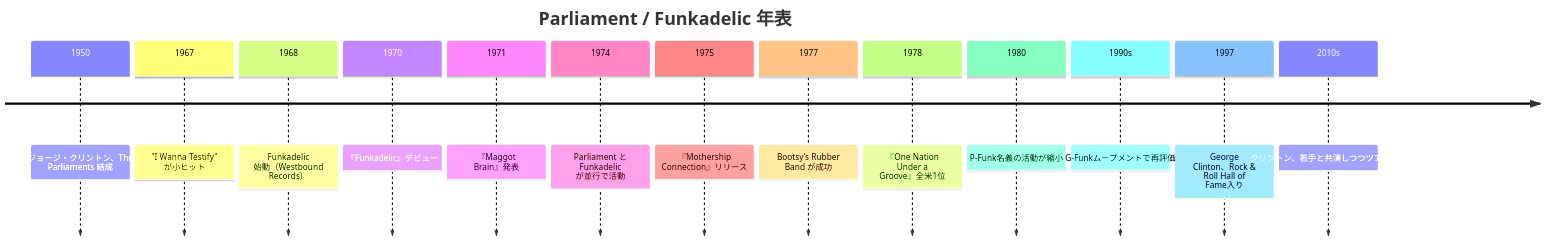
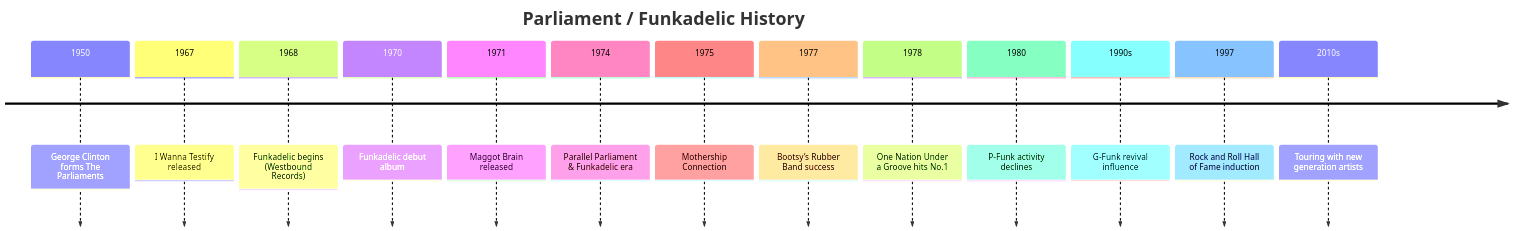
Before and after one commit to monumental-movement/monumental-movement.github.io: the third of 4 diagrams in _posts/2025-11-15-column-parliament-funkadelic.md, drawn with Mermaid. The commit also changed other lines of this file and 1 other file, not shown here.

```diff
--- a/_posts/2025-11-15-column-parliament-funkadelic.md
+++ b/_posts/2025-11-15-column-parliament-funkadelic.md
@@ -216,19 +216,20 @@
 <div class="mermaid">
 
 timeline
-    title Parliament / Funkadelic 年表
-    1950 : ジョージ・クリントン、The Parliaments 結成
-    1967 : "I Wanna Testify" が小ヒット
-    1968 : Funkadelic 始動（Westbound Records）
-    1970 : 『Funkadelic』デビュー
-    1971 : 『Maggot Brain』発表
-    1974 : Parliament と Funkadelic が並行で活動
-    1975 : 『Mothership Connection』リリース
-    1977 : Bootsy’s Rubber Band が成功
-    1978 : 『One Nation Under a Groove』全米1位
-    1980 : P-Funk名義の活動が縮小
-    1990s : G-Funkムーブメントで再評価
-    1997 : George Clinton、Rock & Roll Hall of Fame入り
-    2010s : クリントン、若手と共演しつつツアー継続
+    title Parliament / Funkadelic History
+
+    1950 : George Clinton forms The Parliaments
+    1967 : I Wanna Testify released
+    1968 : Funkadelic begins (Westbound Records)
+    1970 : Funkadelic debut album
+    1971 : Maggot Brain released
+    1974 : Parallel Parliament & Funkadelic era
+    1975 : Mothership Connection
+    1977 : Bootsy’s Rubber Band success
+    1978 : One Nation Under a Groove hits No.1
+    1980 : P-Funk activity declines
+    1990s : G-Funk revival influence
+    1997 : Rock and Roll Hall of Fame induction
+    2010s : Touring with new generation artists
 
 </div>
```
